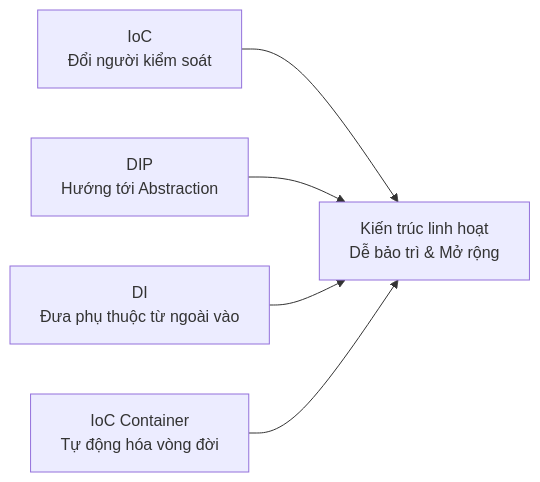
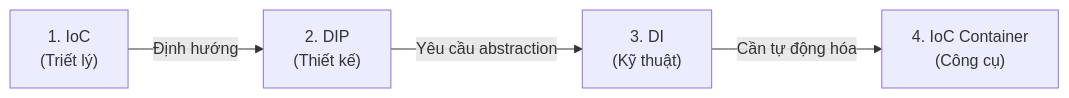
The sixth of 6 diagrams in release/design_patterns/ioc.md (MaiTheHao/docs), drawn with Mermaid before and after one commit. The commit also changed other lines of this file and 1 other file, not shown here.

````diff
--- a/release/design_patterns/ioc.md
+++ b/release/design_patterns/ioc.md
@@ -427,10 +418,9 @@
 ```mermaid
 graph LR
-    accTitle: Tong ket quan he IoC, DIP, DI va Container
-    accDescr: So do the hien su ket hop giua IoC thay doi quyen kiem soat, DIP huong toi abstraction, DI truyen phu thuoc va Container tu dong hoa
+    accTitle: So do tong ket quan he giua IoC, DIP, DI va IoC Container
+    accDescr: Mo ta su phoi hop tu triet ly IoC, thiet ke DIP, ky thuat DI den cong cu IoC Container
 
-    goalIoc["IoC<br/>Đổi người kiểm soát"] --> archTarget["Kiến trúc linh hoạt<br/>Dễ bảo trì & Mở rộng"]
-    goalDip["DIP<br/>Hướng tới Abstraction"] --> archTarget
-    goalDi["DI<br/>Đưa phụ thuộc từ ngoài vào"] --> archTarget
-    containerTool["IoC Container<br/>Tự động hóa vòng đời"] --> archTarget
+    iocNode["1. IoC<br/>(Triết lý)"] -->|"Định hướng"| dipNode["2. DIP<br/>(Thiết kế)"]
+    dipNode -->|"Yêu cầu abstraction"| diNode["3. DI<br/>(Kỹ thuật)"]
+    diNode -->|"Cần tự động hóa"| containerNode["4. IoC Container<br/>(Công cụ)"]
 ```
````
